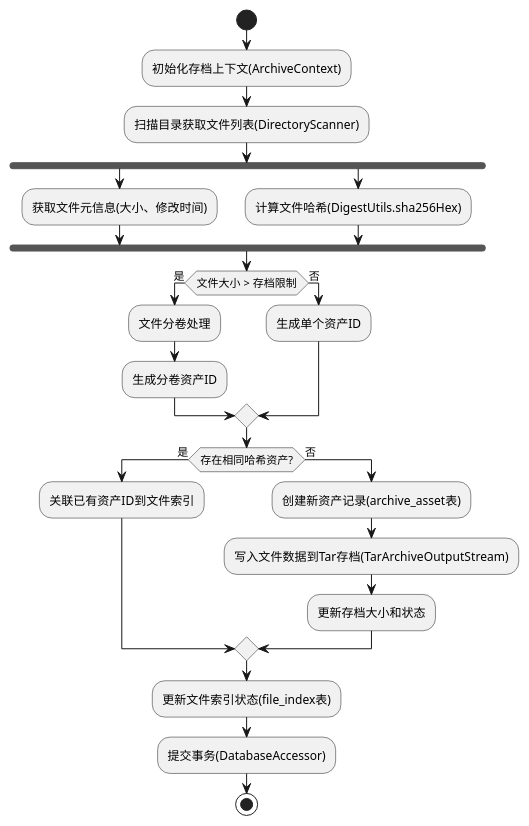
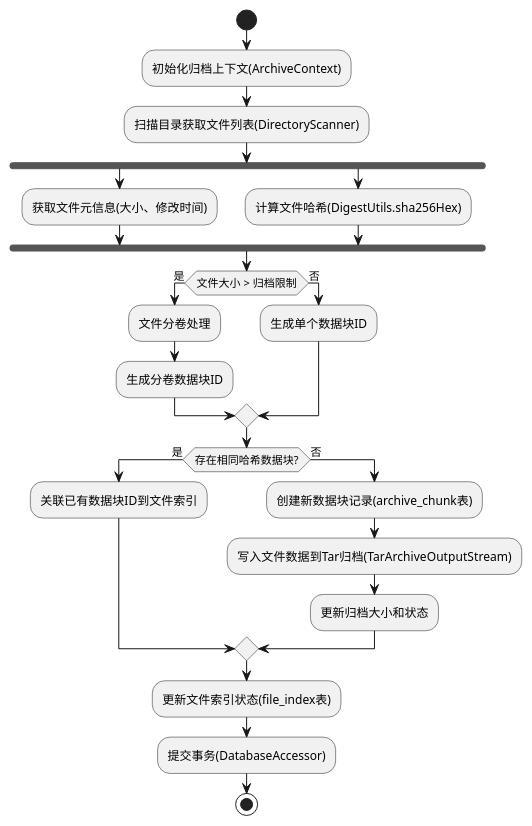
Before and after one commit to cc01cc/OneArchive: the first of 2 diagrams in README.md, drawn with PlantUML. The commit also changed other lines of this file and 147 other files, not shown here.

````diff
--- a/README.md
+++ b/README.md
@@ -32,34 +32,34 @@
 ```plantuml
-@startuml 存档流程活动图
+@startuml 归档流程活动图
 start
 
-:初始化存档上下文(ArchiveContext);
+:初始化归档上下文(ArchiveContext);
 :扫描目录获取文件列表(DirectoryScanner);
 
 fork
   :获取文件元信息(大小、修改时间);
 fork again
   :计算文件哈希(DigestUtils.sha256Hex);
 end fork
 
-if (文件大小 > 存档限制) then (是)
+if (文件大小 > 归档限制) then (是)
   :文件分卷处理;
-  :生成分卷资产ID;
+  :生成分卷数据块ID;
 else (否)
-  :生成单个资产ID;
+  :生成单个数据块ID;
 endif
 
-if (存在相同哈希资产?) then (是)
-  :关联已有资产ID到文件索引;
+if (存在相同哈希数据块?) then (是)
+  :关联已有数据块ID到文件索引;
 else (否)
-  :创建新资产记录(archive_asset表);
-  :写入文件数据到Tar存档(TarArchiveOutputStream);
-  :更新存档大小和状态;
+  :创建新数据块记录(archive_chunk表);
+  :写入文件数据到Tar归档(TarArchiveOutputStream);
+  :更新归档大小和状态;
 endif
 
 :更新文件索引状态(file_index表);
 :提交事务(DatabaseAccessor);
 
 stop
 @enduml
 ```
````
